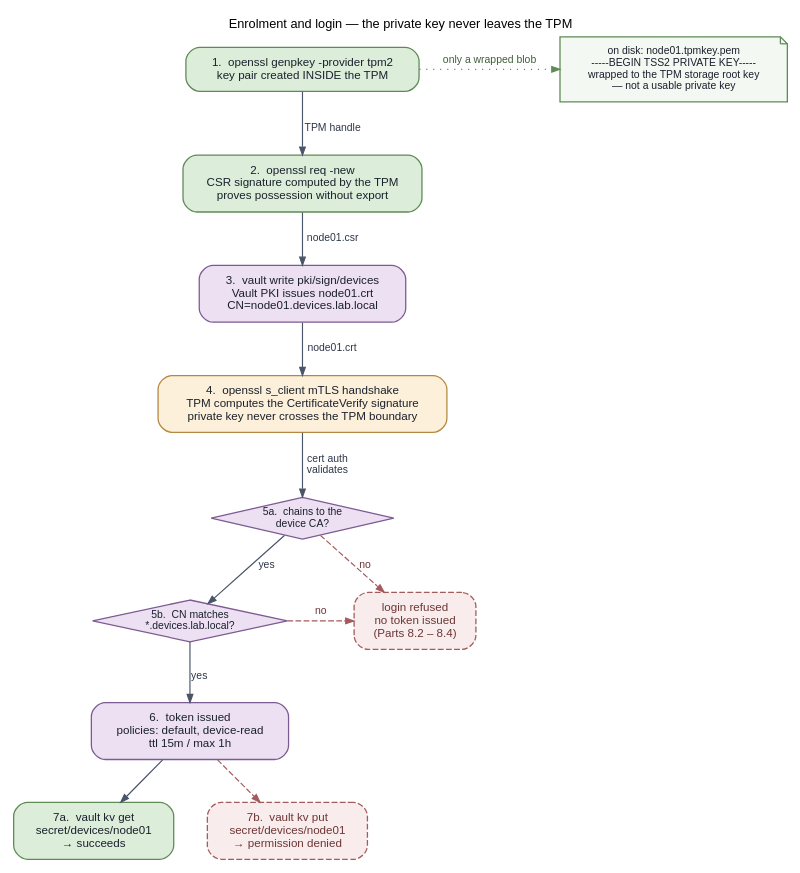
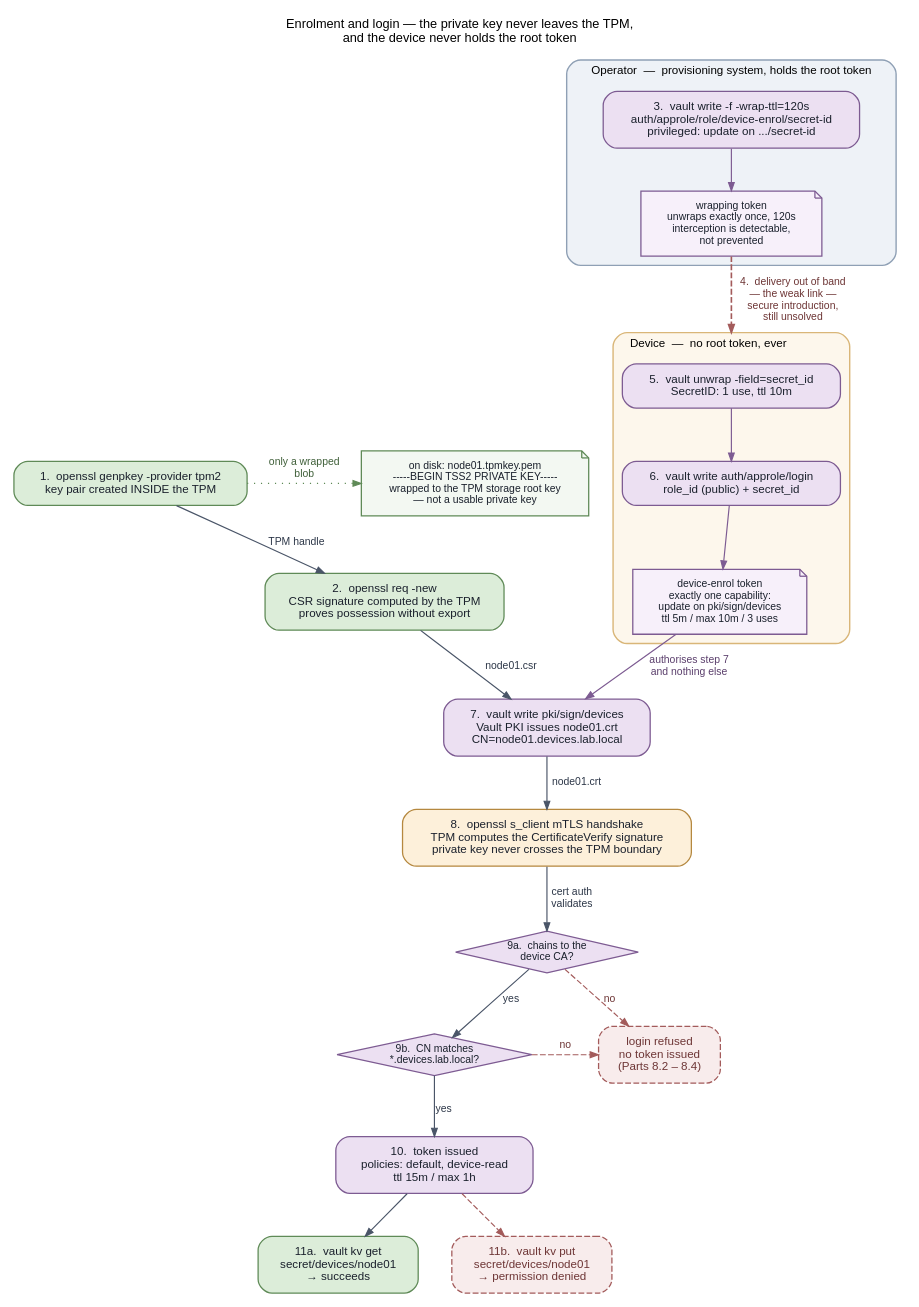
Before and after one commit to nhsy-hcp/multipass-vault-tpm: the diagram in docs/diagrams/enrolment.dot, drawn with Graphviz. The commit also changed 7 other files, not shown here.

Commit message:
feat: enrol devices with a response-wrapped one-shot approle instead of the root token

```diff
--- a/docs/diagrams/enrolment.dot
+++ b/docs/diagrams/enrolment.dot
@@ -5,13 +5,14 @@
 digraph enrolment {
   rankdir=TB;
   bgcolor="white";
+  compound=true;
   splines=spline;
   nodesep=0.40;
   ranksep=0.50;
   fontname="Helvetica";
   fontsize=11;
   labelloc="t";
-  label="Enrolment and login — the private key never leaves the TPM";
+  label="Enrolment and login — the private key never leaves the TPM,\nand the device never holds the root token";
 
   node [
     shape=box,
@@ -57,23 +58,86 @@
     color="#5f8a57"
   ];
 
-  // ------------------------------------------------------------ 3. Vault signs
-  s3 [
-    label="3.  vault write pki/sign/devices\nVault PKI issues node01.crt\nCN=node01.devices.lab.local",
+  // ------------------------------------------- 3. operator mints the credential
+  subgraph cluster_operator {
+    label="Operator  —  provisioning system, holds the root token";
+    labeljust="l";
+    fontsize=10;
+    style="rounded,filled";
+    fillcolor="#eef2f7";
+    color="#8fa0b5";
+    penwidth=1.2;
+
+    s3 [
+      label="3.  vault write -f -wrap-ttl=120s\nauth/approle/role/device-enrol/secret-id\nprivileged: update on .../secret-id",
+      fillcolor="#ece0f2",
+      color="#7d5b92"
+    ];
+
+    wrap [
+      label="wrapping token\nunwraps exactly once, 120s\ninterception is detectable,\nnot prevented",
+      shape=note,
+      style="filled",
+      fillcolor="#f7f0fa",
+      color="#7d5b92",
+      fontsize=9
+    ];
+
+    s3 -> wrap [color="#7d5b92"];
+  }
+
+  // -------------------------------------- 5-6. device redeems it, no root token
+  subgraph cluster_device {
+    label="Device  —  no root token, ever";
+    labeljust="l";
+    fontsize=10;
+    style="rounded,filled";
+    fillcolor="#fdf7ec";
+    color="#d9b678";
+    penwidth=1.2;
+
+    s5 [
+      label="5.  vault unwrap -field=secret_id\nSecretID: 1 use, ttl 10m",
+      fillcolor="#ece0f2",
+      color="#7d5b92"
+    ];
+
+    s6 [
+      label="6.  vault write auth/approle/login\nrole_id (public) + secret_id",
+      fillcolor="#ece0f2",
+      color="#7d5b92"
+    ];
+
+    tok [
+      label="device-enrol token\nexactly one capability:\nupdate on pki/sign/devices\nttl 5m / max 10m / 3 uses",
+      shape=note,
+      style="filled",
+      fillcolor="#f7f0fa",
+      color="#7d5b92",
+      fontsize=9
+    ];
+
+    s5 -> s6 [color="#7d5b92"];
+    s6 -> tok [color="#7d5b92"];
+  }
+
+  // ------------------------------------------------------------ 7. Vault signs
+  s7 [
+    label="7.  vault write pki/sign/devices\nVault PKI issues node01.crt\nCN=node01.devices.lab.local",
     fillcolor="#ece0f2",
     color="#7d5b92"
   ];
 
-  // -------------------------------------------------------------- 4. handshake
-  s4 [
-    label="4.  openssl s_client mTLS handshake\nTPM computes the CertificateVerify signature\nprivate key never crosses the TPM boundary",
+  // -------------------------------------------------------------- 8. handshake
+  s8 [
+    label="8.  openssl s_client mTLS handshake\nTPM computes the CertificateVerify signature\nprivate key never crosses the TPM boundary",
     fillcolor="#fdf0da",
     color="#b5883f"
   ];
 
-  // ------------------------------------------------------------- 5. validation
+  // ------------------------------------------------------------- 9. validation
   chk1 [
-    label="5a.  chains to the\ndevice CA?",
+    label="9a.  chains to the\ndevice CA?",
     shape=diamond,
     style="filled",
     fillcolor="#ece0f2",
@@ -83,7 +147,7 @@
   ];
 
   chk2 [
-    label="5b.  CN matches\n*.devices.lab.local?",
+    label="9b.  CN matches\n*.devices.lab.local?",
     shape=diamond,
     style="filled",
     fillcolor="#ece0f2",
@@ -100,22 +164,22 @@
     fontcolor="#6d3535"
   ];
 
-  // ------------------------------------------------------------------ 6. token
-  s6 [
-    label="6.  token issued\npolicies: default, device-read\nttl 15m / max 1h",
+  // ----------------------------------------------------------------- 10. token
+  s10 [
+    label="10.  token issued\npolicies: default, device-read\nttl 15m / max 1h",
     fillcolor="#ece0f2",
     color="#7d5b92"
   ];
 
-  // ------------------------------------------------------------------ 7. usage
-  s7read [
-    label="7a.  vault kv get\nsecret/devices/node01\n→ succeeds",
+  // ----------------------------------------------------------------- 11. usage
+  s11read [
+    label="11a.  vault kv get\nsecret/devices/node01\n→ succeeds",
     fillcolor="#dcedd9",
     color="#5f8a57"
   ];
 
-  s7write [
-    label="7b.  vault kv put\nsecret/devices/node01\n→ permission denied",
+  s11write [
+    label="11b.  vault kv put\nsecret/devices/node01\n→ permission denied",
     style="rounded,filled,dashed",
     fillcolor="#f8ecec",
     color="#a35b5b",
@@ -124,18 +188,31 @@
 
   // ------------------------------------------------------------------- flow
   s1 -> s2  [label="TPM handle"];
-  s1 -> blob [label="only a wrapped blob", style=dotted, color="#5f8a57", fontcolor="#3f5f39"];
-  s2 -> s3  [label="node01.csr"];
-  s3 -> s4  [label="node01.crt"];
-  s4 -> chk1 [label="cert auth\nvalidates"];
+  s1 -> blob [label="only a wrapped\nblob", style=dotted, color="#5f8a57", fontcolor="#3f5f39"];
+
+  // the weak link: the wrapping token still has to reach the device somehow
+  wrap -> s5 [
+    lhead=cluster_device,
+    label="4.  delivery out of band\n— the weak link —\nsecure introduction,\nstill unsolved",
+    style=dashed,
+    penwidth=1.4,
+    color="#a35b5b",
+    fontcolor="#6d3535"
+  ];
+
+  s2  -> s7 [label="node01.csr"];
+  tok -> s7 [label="authorises step 7\nand nothing else", color="#7d5b92", fontcolor="#5b3f6c"];
+
+  s7 -> s8  [label="node01.crt"];
+  s8 -> chk1 [label="cert auth\nvalidates"];
   chk1 -> chk2 [label="yes"];
-  chk2 -> s6   [label="yes"];
+  chk2 -> s10  [label="yes"];
   chk1 -> deny [label="no", color="#a35b5b", fontcolor="#6d3535", style=dashed];
   chk2 -> deny [label="no", color="#a35b5b", fontcolor="#6d3535", style=dashed];
-  s6 -> s7read;
-  s6 -> s7write [style=dashed, color="#a35b5b"];
+  s10 -> s11read;
+  s10 -> s11write [style=dashed, color="#a35b5b"];
 
-  { rank=same; s1; blob; }
+  { rank=same; blob; s1; }
   { rank=same; chk2; deny; }
-  { rank=same; s7read; s7write; }
+  { rank=same; s11read; s11write; }
 }
```
